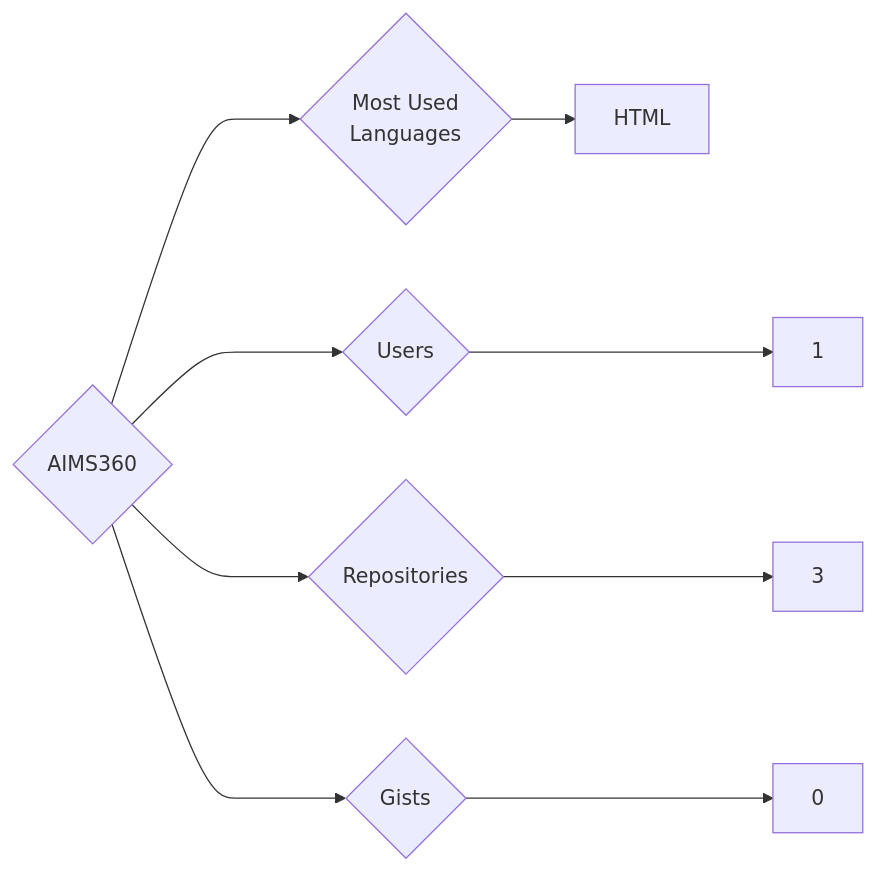
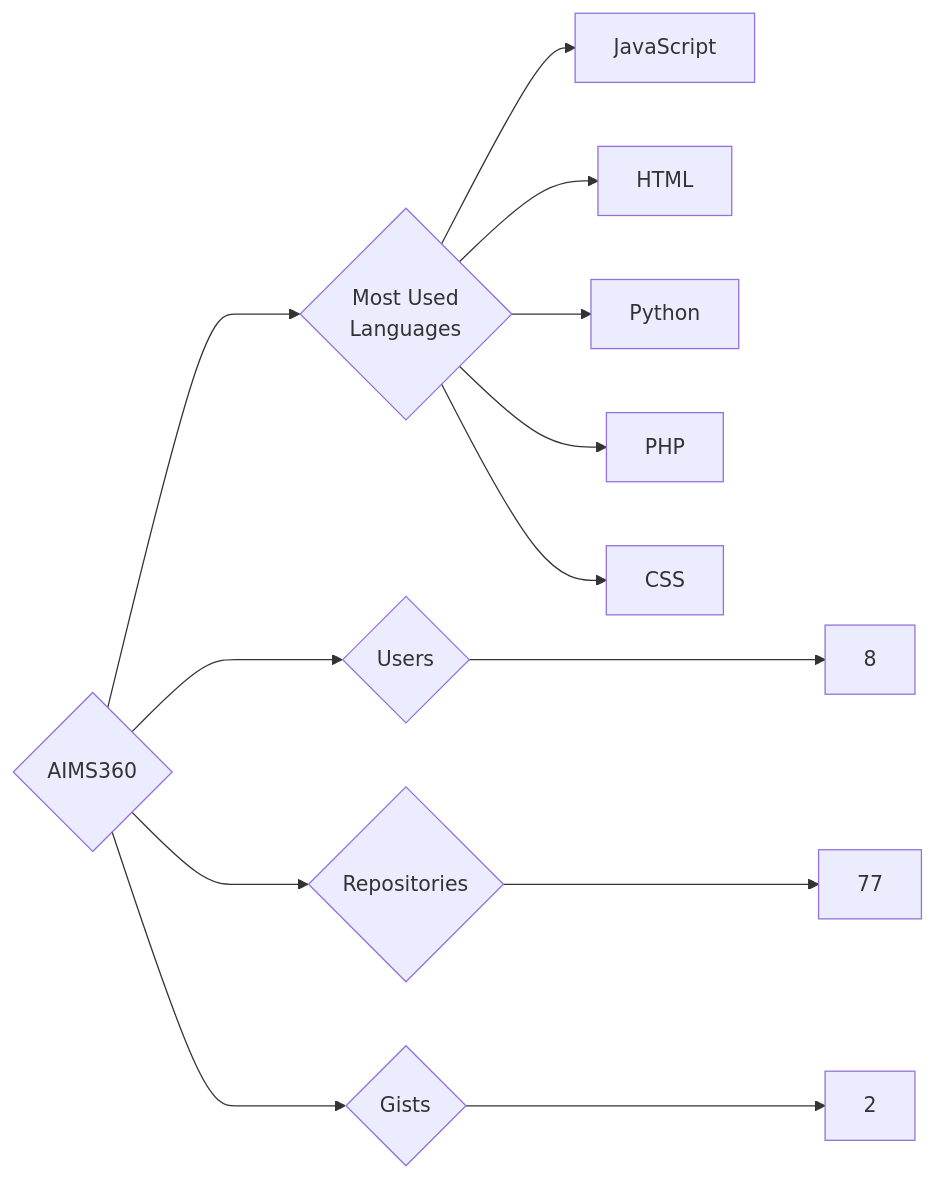
Before and after one commit to trickest/insiders: the diagram in targets/AIMS360/README.md, drawn with Mermaid. The commit also changed 1314 other files, not shown here.

````diff
--- a/targets/AIMS360/README.md
+++ b/targets/AIMS360/README.md
@@ -3,9 +3,13 @@
 ```mermaid
 graph LR
 COMPANY_NAME{AIMS360}
-COMPANY_NAME ---> U{Users} ---> UN[1]
-COMPANY_NAME ---> R{Repositories} ---> RN[3]
-COMPANY_NAME ---> G{Gists} ---> GN[0]
+COMPANY_NAME ---> U{Users} ---> UN[8]
+COMPANY_NAME ---> R{Repositories} ---> RN[77]
+COMPANY_NAME ---> G{Gists} ---> GN[2]
 COMPANY_NAME ---> ML{Most Used<br>Languages}
+ML --> JavaScript[JavaScript]
 ML --> HTML[HTML]
+ML --> Python[Python]
+ML --> PHP[PHP]
+ML --> CSS[CSS]
 ```
````
